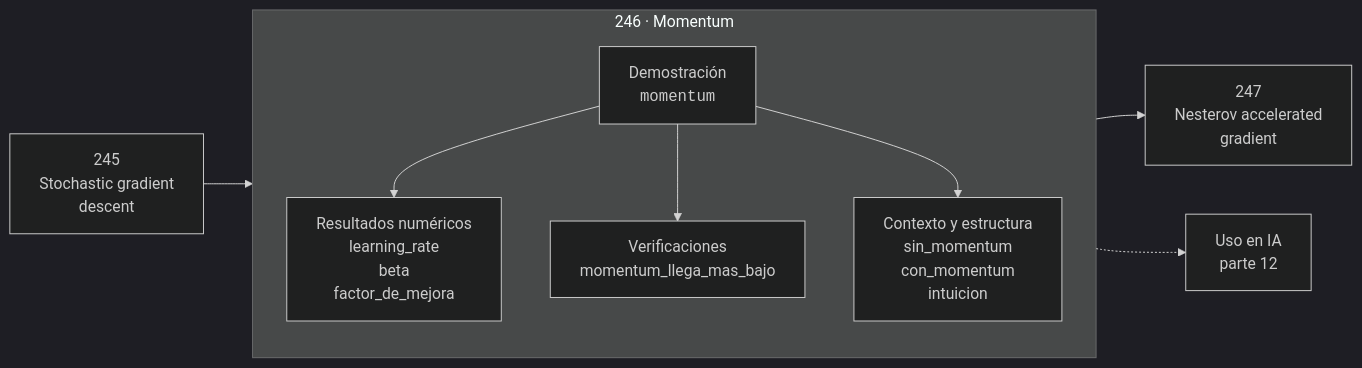
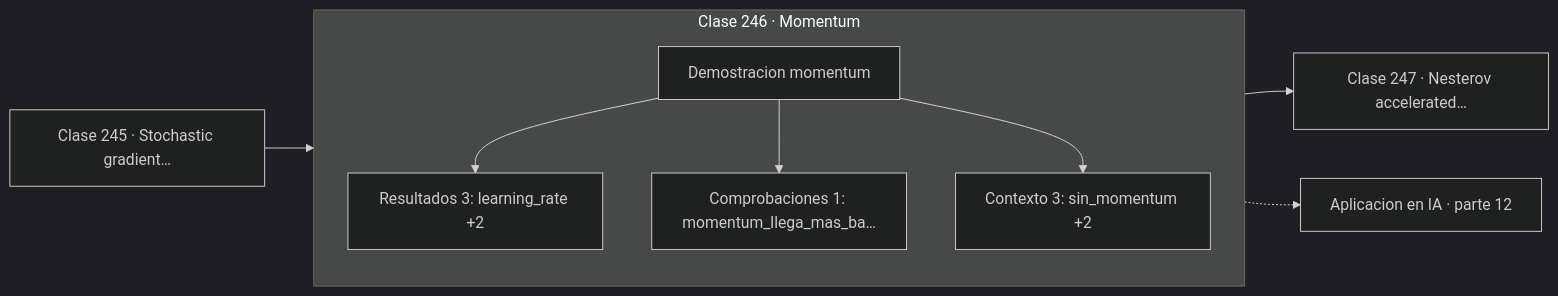
Before and after one commit to vladimiracunadev-create/computational-mathematics-program: the diagram in classes/part-12-optimizacion-matematica-y-computacional/246-momentum/README.md, drawn with Mermaid (dark theme). The commit also changed 389 other files, not shown here.

First line of the commit message:
fix(diagramas): elimina el HTML de las etiquetas Mermaid

````diff
--- a/classes/part-12-optimizacion-matematica-y-computacional/246-momentum/README.md
+++ b/classes/part-12-optimizacion-matematica-y-computacional/246-momentum/README.md
@@ -30,12 +30,13 @@
 ```mermaid
 flowchart LR
-    P["245<br/>Stochastic gradient<br/>descent"] --> C
-    subgraph C["246 · Momentum"]
+    P["Clase 245 · Stochastic gradient…"] --> D
+    subgraph CLASE["Clase 246 · Momentum"]
         direction TB
-        D["Demostración<br/><code>momentum</code>"] --> R["Resultados numéricos<br/>learning_rate<br/>beta<br/>factor_de_mejora"]
-        D --> V["Verificaciones<br/>momentum_llega_mas_bajo"]
-        D --> O["Contexto y estructura<br/>sin_momentum<br/>con_momentum<br/>intuicion"]
+        D["Demostracion momentum"]
+        D --> R["Resultados 3: learning_rate +2"]
+        D --> V["Comprobaciones 1: momentum_llega_mas_ba…"]
+        D --> O["Contexto 3: sin_momentum +2"]
     end
-    C --> N["247<br/>Nesterov accelerated<br/>gradient"]
-    C -.-> IA["Uso en IA<br/>parte 12"]
+    R --> N["Clase 247 · Nesterov accelerated…"]
+    V -.-> IA["Aplicacion en IA · parte 12"]
 ```
````
